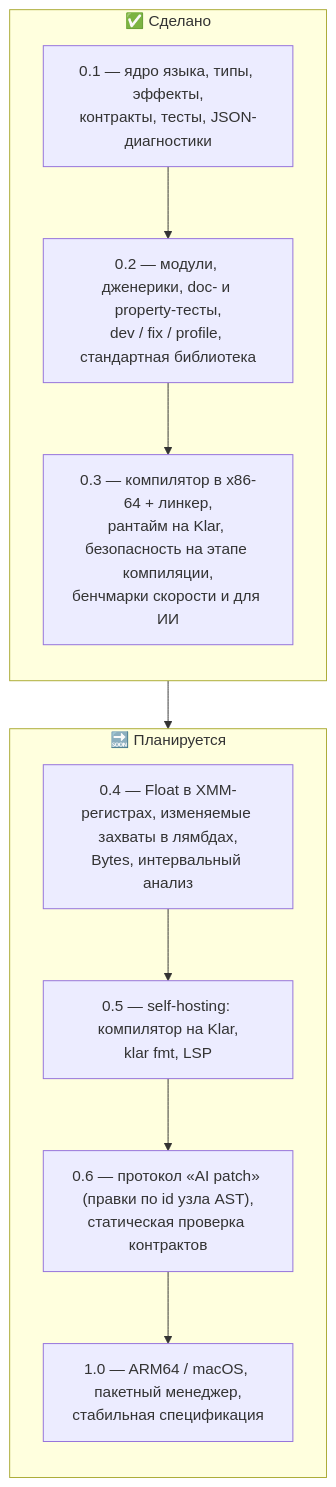
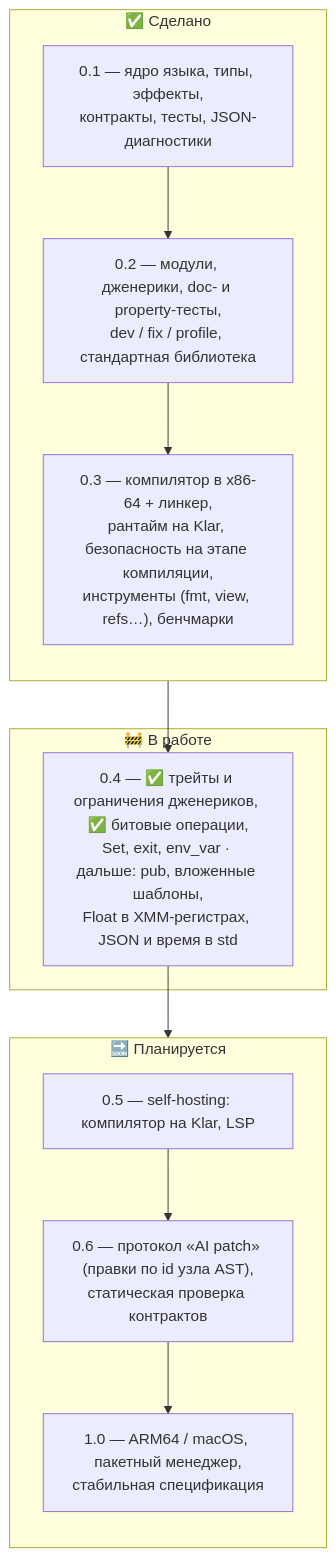
Before and after one commit to veosett/Klar: the second of 2 diagrams in README.ru.md, drawn with Mermaid. The commit also changed other lines of this file and 27 other files, not shown here.

````diff
--- a/README.ru.md
+++ b/README.ru.md
@@ -148,19 +148,21 @@
 ```mermaid
 flowchart TB
     subgraph done["✅ Сделано"]
         direction TB
         v01["0.1 — ядро языка, типы, эффекты,<br/>контракты, тесты, JSON-диагностики"]
         v02["0.2 — модули, дженерики, doc- и property-тесты,<br/>dev / fix / profile, стандартная библиотека"]
-        v03["0.3 — компилятор в x86-64 + линкер,<br/>рантайм на Klar, безопасность на этапе компиляции,<br/>бенчмарки скорости и для ИИ"]
+        v03["0.3 — компилятор в x86-64 + линкер,<br/>рантайм на Klar, безопасность на этапе компиляции,<br/>инструменты (fmt, view, refs…), бенчмарки"]
         v01 --> v02 --> v03
+    end
+    subgraph now["🚧 В работе"]
+        v04["0.4 — ✅ трейты и ограничения дженериков, ✅ битовые операции,<br/>Set, exit, env_var · дальше: pub, вложенные шаблоны,<br/>Float в XMM-регистрах, JSON и время в std"]
     end
     subgraph next["🔜 Планируется"]
         direction TB
-        v04["0.4 — Float в XMM-регистрах, изменяемые захваты в лямбдах,<br/>Bytes, интервальный анализ"]
-        v05["0.5 — self-hosting: компилятор на Klar,<br/>klar fmt, LSP"]
+        v05["0.5 — self-hosting: компилятор на Klar, LSP"]
         v06["0.6 — протокол «AI patch» (правки по id узла AST),<br/>статическая проверка контрактов"]
         v10["1.0 — ARM64 / macOS, пакетный менеджер,<br/>стабильная спецификация"]
-        v04 --> v05 --> v06 --> v10
+        v05 --> v06 --> v10
     end
-    v03 --> v04
+    v03 --> v04 --> v05
 ```
````
